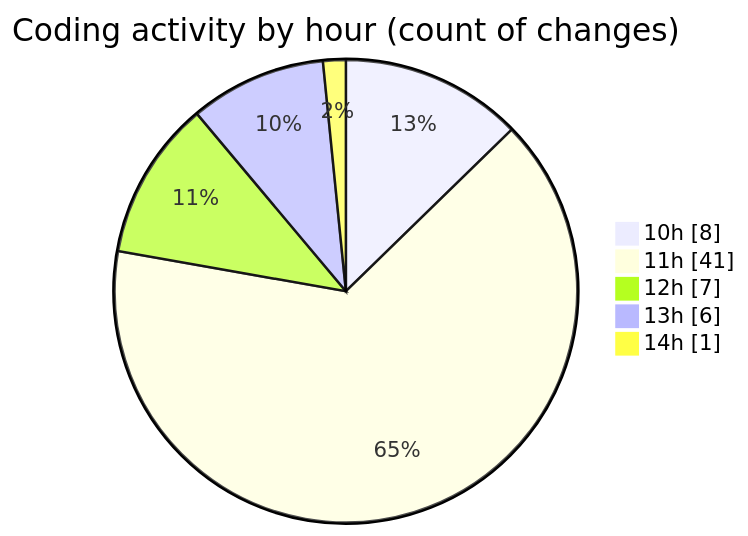
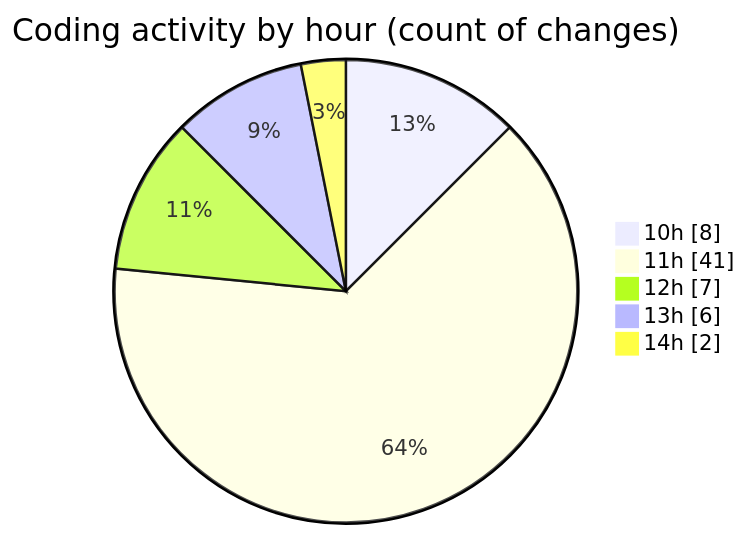
The second of 2 diagrams in 2026-10-13/cda/README.md (momahboobian/code-tracking), drawn with Mermaid before and after one commit. The commit also changed other lines of this file and 1 other file, not shown here.

````diff
--- a/2026-10-13/cda/README.md
+++ b/2026-10-13/cda/README.md
@@ -50,9 +51,9 @@
 ```mermaid
 pie showData
 title Coding activity by hour (count of changes)
 "10h" : 8
 "11h" : 41
 "12h" : 7
 "13h" : 6
-"14h" : 1
+"14h" : 2
 ```
````
